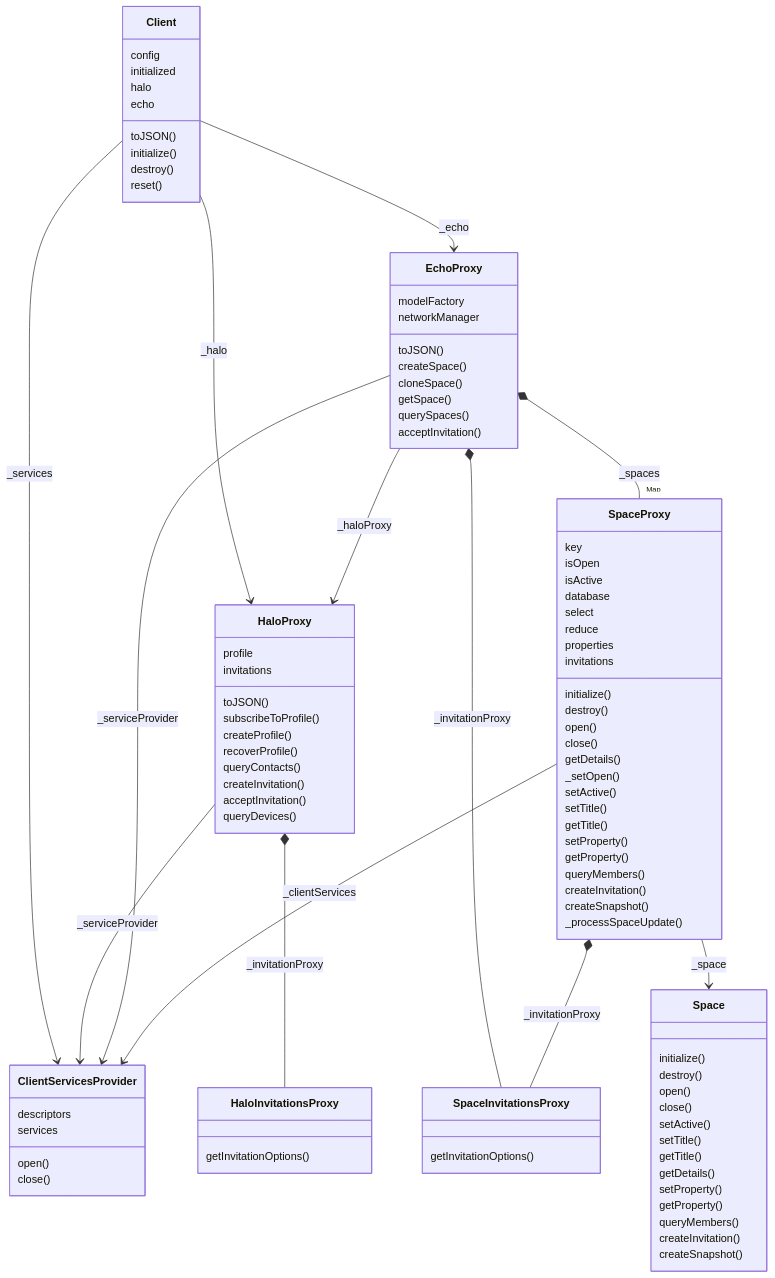
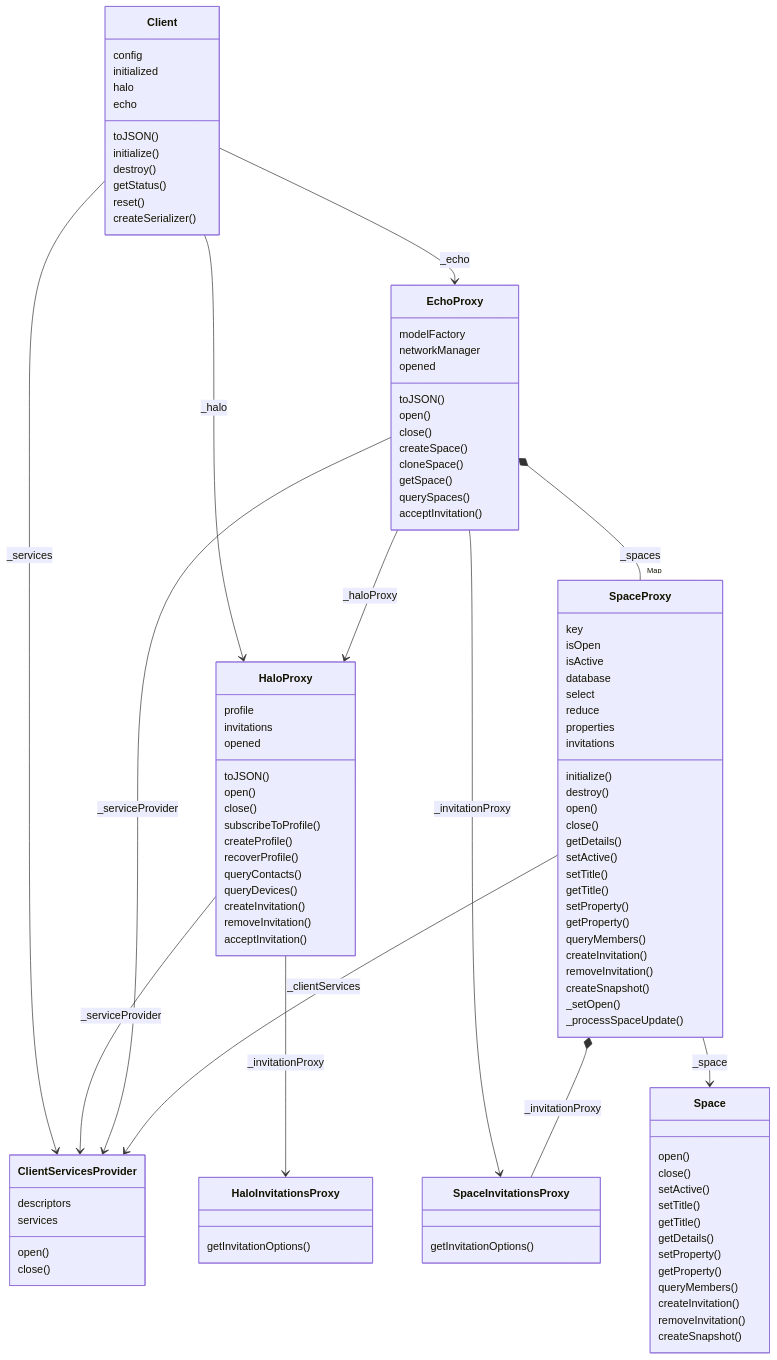
The first of 2 diagrams in packages/sdk/client/docs/README.md (dxos/dxos), drawn with Mermaid before and after one commit. The commit also changed other lines of this file and 41 other files, not shown here.

````diff
--- a/packages/sdk/client/docs/README.md
+++ b/packages/sdk/client/docs/README.md
@@ -16,13 +16,15 @@
   toJSON()
   initialize()
   destroy()
+  getStatus()
   reset()
+  createSerializer()
 }
 Client --> ClientServicesProvider : _services
 Client --> HaloProxy : _halo
 Client --> EchoProxy : _echo
 class ClientServicesProvider {
-<interface>
+  <interface>
   descriptors
   services
   open()
@@ -31,16 +33,20 @@
 class HaloProxy {
   profile
   invitations
+  opened
   toJSON()
+  open()
+  close()
   subscribeToProfile()
   createProfile()
   recoverProfile()
   queryContacts()
+  queryDevices()
   createInvitation()
+  removeInvitation()
   acceptInvitation()
-  queryDevices()
 }
-HaloProxy *-- HaloInvitationsProxy : _invitationProxy
+HaloProxy --> HaloInvitationsProxy : _invitationProxy
 HaloProxy --> ClientServicesProvider : _serviceProvider
 class HaloInvitationsProxy {
   getInvitationOptions()
@@ -48,7 +54,10 @@
 class EchoProxy {
   modelFactory
   networkManager
+  opened
   toJSON()
+  open()
+  close()
   createSpace()
   cloneSpace()
   getSpace()
@@ -56,7 +65,7 @@
   acceptInvitation()
 }
 EchoProxy *-- "Map" SpaceProxy : _spaces
-EchoProxy *-- SpaceInvitationsProxy : _invitationProxy
+EchoProxy --> SpaceInvitationsProxy : _invitationProxy
 EchoProxy --> ClientServicesProvider : _serviceProvider
 EchoProxy --> HaloProxy : _haloProxy
 class SpaceProxy {
@@ -73,7 +82,6 @@
   open()
   close()
   getDetails()
-  _setOpen()
   setActive()
   setTitle()
   getTitle()
@@ -81,7 +89,9 @@
   getProperty()
   queryMembers()
   createInvitation()
+  removeInvitation()
   createSnapshot()
+  _setOpen()
   _processSpaceUpdate()
 }
 SpaceProxy *-- SpaceInvitationsProxy : _invitationProxy
@@ -91,9 +101,7 @@
   getInvitationOptions()
 }
 class Space {
-<interface>
-  initialize()
-  destroy()
+  <interface>
   open()
   close()
   setActive()
@@ -104,6 +112,7 @@
   getProperty()
   queryMembers()
   createInvitation()
+  removeInvitation()
   createSnapshot()
 }
 ```
````
